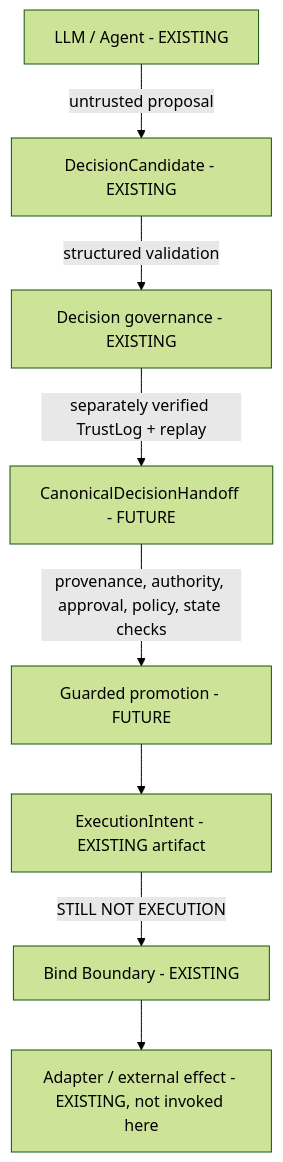
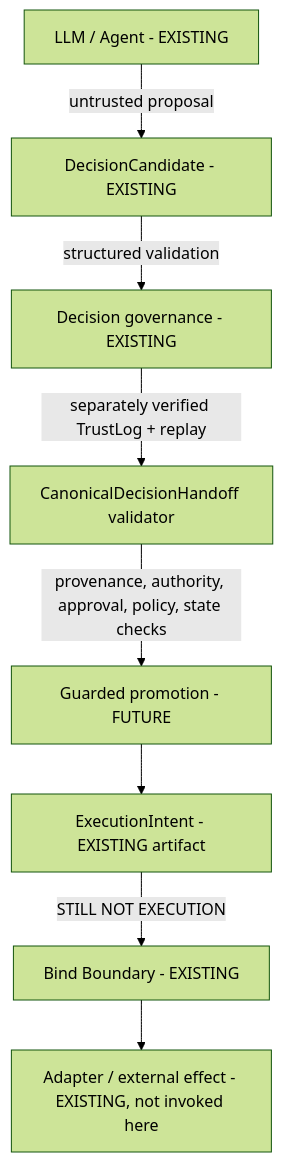
One commit to veritasfuji-japan/veritas_os changed the diagram in docs/en/architecture/canonical-decision-to-bind-handoff-v1.md. Above: the diagram before and after it, drawn with Mermaid (forest theme). The commit also changed other lines of this file and 6 other files, not shown here.

Commit message:
feat(handoff): bind canonical replay evidence to replay lineage v1

````diff
--- a/docs/en/architecture/canonical-decision-to-bind-handoff-v1.md
+++ b/docs/en/architecture/canonical-decision-to-bind-handoff-v1.md
@@ -28,10 +29,10 @@
 ```mermaid
 flowchart TD
   A[LLM / Agent - EXISTING] -->|untrusted proposal| B[DecisionCandidate - EXISTING]
   B -->|structured validation| C[Decision governance - EXISTING]
-  C -->|separately verified TrustLog + replay| D[CanonicalDecisionHandoff - FUTURE]
+  C -->|separately verified TrustLog + replay| D[CanonicalDecisionHandoff validator]
   D -->|provenance, authority, approval, policy, state checks| E[Guarded promotion - FUTURE]
   E --> F[ExecutionIntent - EXISTING artifact]
   F -->|STILL NOT EXECUTION| G[Bind Boundary - EXISTING]
   G --> H[Adapter / external effect - EXISTING, not invoked here]
 ```
````
